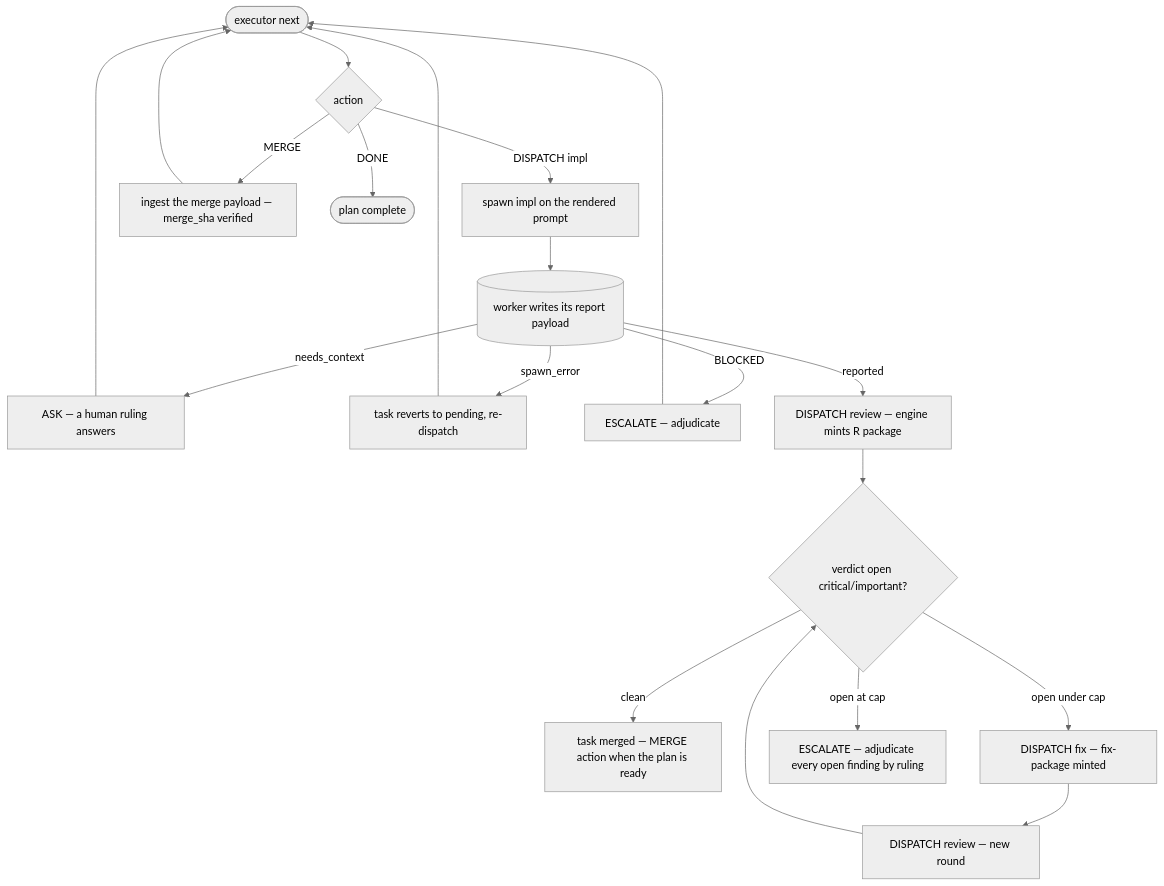
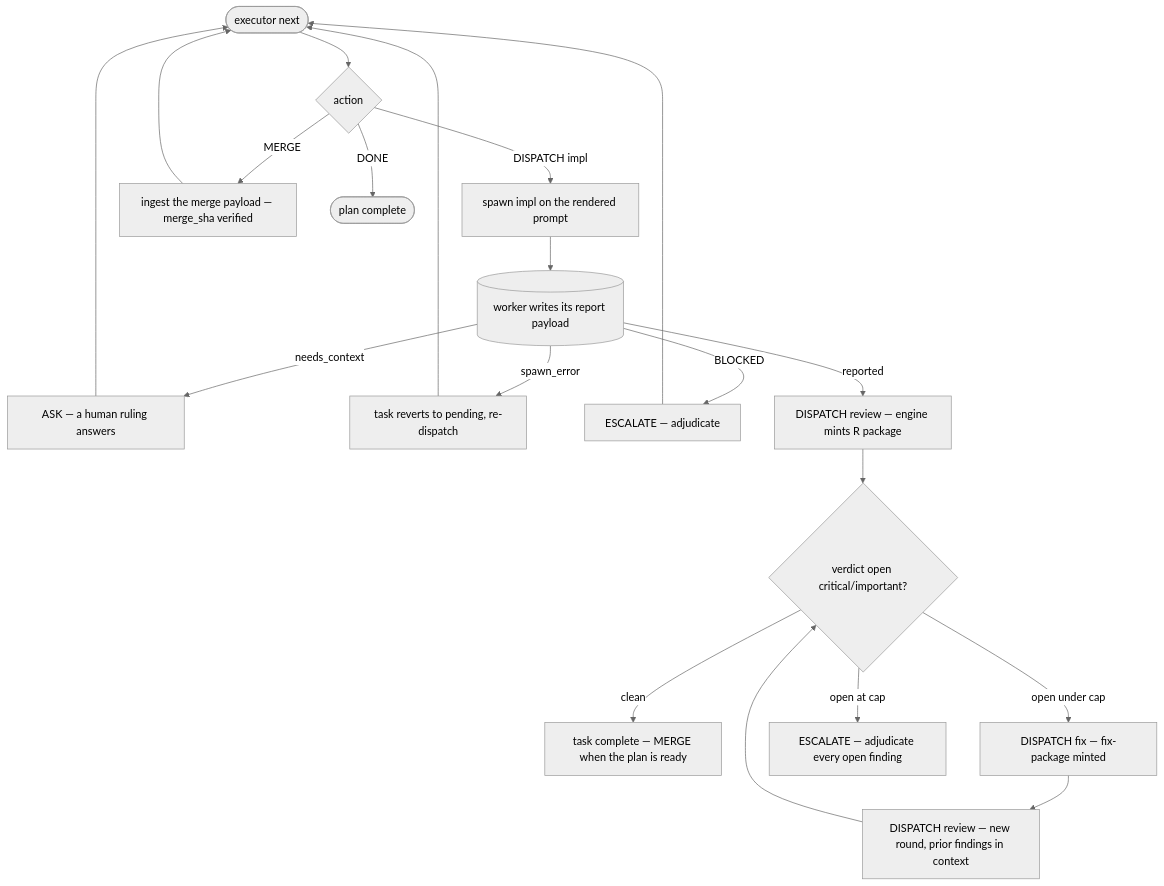
One commit to Atri10/executor changed the third of 7 diagrams in README.md. Above: the diagram before and after it, drawn with Mermaid (neutral theme). The commit also changed other lines of this file and 2 other files, not shown here.

````diff
--- a/README.md
+++ b/README.md
@@ -176,22 +195,22 @@
 ```mermaid
 flowchart TD
     step(["executor next"]) --> act{"action"}
     act -->|"DISPATCH impl"| disp["spawn impl on the rendered prompt"]
     disp --> worker[("worker writes its report payload")]
     worker -->|"needs_context"| ask["ASK — a human ruling answers"]
     worker -->|"spawn_error"| pending["task reverts to pending, re-dispatch"]
     worker -->|"BLOCKED"| esc["ESCALATE — adjudicate"]
     ask --> step
     pending --> step
     esc --> step
     worker -->|"reported"| rev["DISPATCH review — engine mints R<NN> package"]
     rev --> rep{"verdict open critical/important?"}
-    rep -->|"clean"| merge["task merged — MERGE action when the plan is ready"]
+    rep -->|"clean"| merge["task complete — MERGE when the plan is ready"]
     rep -->|"open under cap"| fix["DISPATCH fix — fix-package minted"]
-    fix --> rev2["DISPATCH review — new round"]
+    fix --> rev2["DISPATCH review — new round, prior findings in context"]
     rev2 --> rep
-    rep -->|"open at cap"| brk["ESCALATE — adjudicate every open finding by ruling"]
+    rep -->|"open at cap"| brk["ESCALATE — adjudicate every open finding"]
     act -->|"MERGE"| mg["ingest the merge payload — merge_sha verified"]
     mg --> step
     act -->|"DONE"| fin(["plan complete"])
 ```
````
